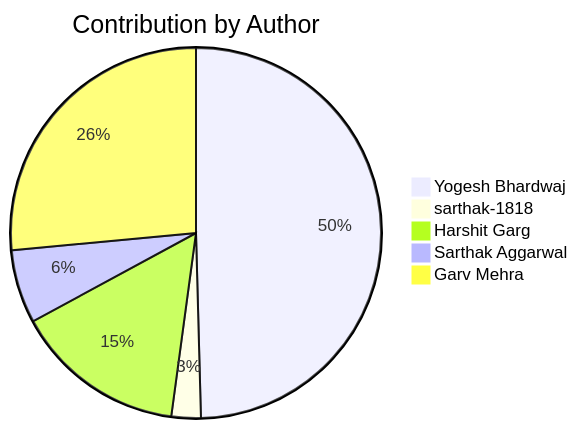
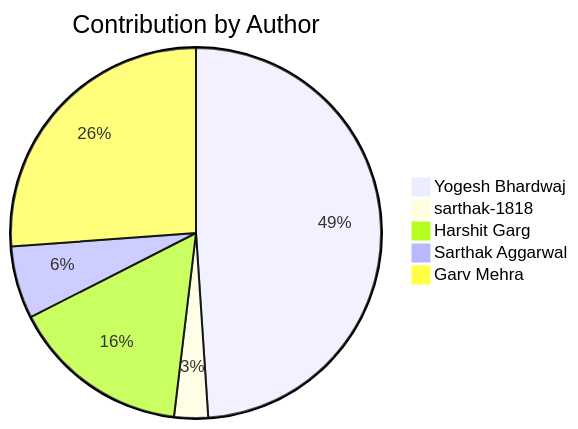
One commit to Yogesh-Bhardwaj-hue/Scm-Final_2.0 changed the second of 2 diagrams in README.md. Above: the diagram before and after it, drawn with Mermaid. The commit also changed other lines of this file, not shown here.

Commit message:
Update contribution charts

````diff
--- a/README.md
+++ b/README.md
@@ -190,8 +190,8 @@
 ```mermaid
 pie title Contribution by Author
     "Yogesh Bhardwaj": 116
-    "sarthak-1818": 6
-    "Harshit Garg": 35
+    "sarthak-1818": 7
+    "Harshit Garg": 37
     "Sarthak Aggarwal": 15
     "Garv Mehra": 62
 ```
````
